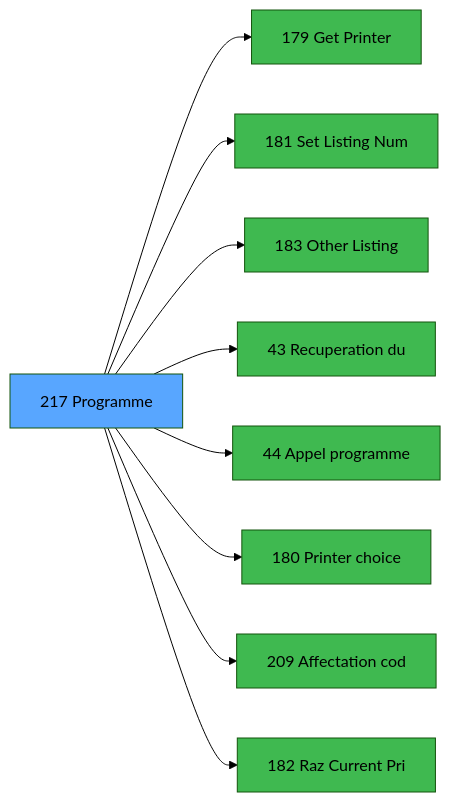
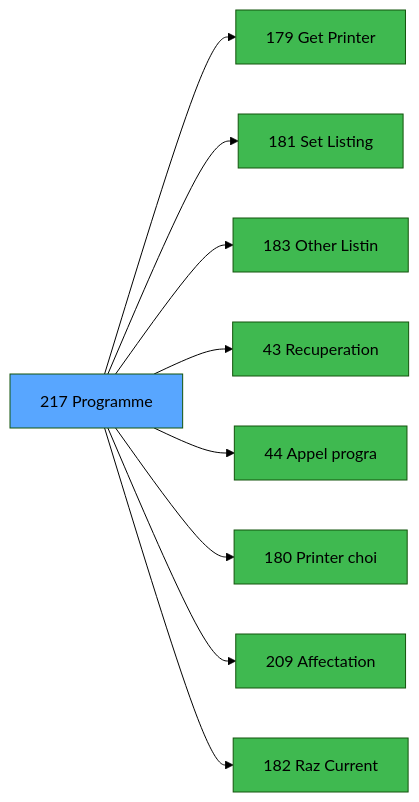
Before and after one commit to thonyAGP/magic-migration: the third of 3 diagrams in .openspec/specs/ADH-IDE-217.md, drawn with Mermaid (forest theme). The commit also changed other lines of this file and 323 other files, not shown here.

````diff
--- a/.openspec/specs/ADH-IDE-217.md
+++ b/.openspec/specs/ADH-IDE-217.md
@@ -124,29 +142,29 @@
 ```mermaid
 graph LR
     T[217 Programme]
     C179[179 Get Printer]
     T --> C179
-    C181[181 Set Listing Num]
+    C181[181 Set Listing ]
     T --> C181
-    C183[183 Other Listing]
+    C183[183 Other Listin]
     T --> C183
-    C43[43 Recuperation du]
+    C43[43 Recuperation]
     T --> C43
-    C44[44 Appel programme]
+    C44[44 Appel progra]
     T --> C44
-    C180[180 Printer choice]
+    C180[180 Printer choi]
     T --> C180
-    C209[209 Affectation cod]
+    C209[209 Affectation ]
     T --> C209
-    C182[182 Raz Current Pri]
+    C182[182 Raz Current ]
     T --> C182
     style T fill:#58a6ff,color:#000
     style C179 fill:#3fb950
     style C181 fill:#3fb950
     style C183 fill:#3fb950
     style C43 fill:#3fb950
     style C44 fill:#3fb950
     style C180 fill:#3fb950
     style C209 fill:#3fb950
     style C182 fill:#3fb950
 ```
````
